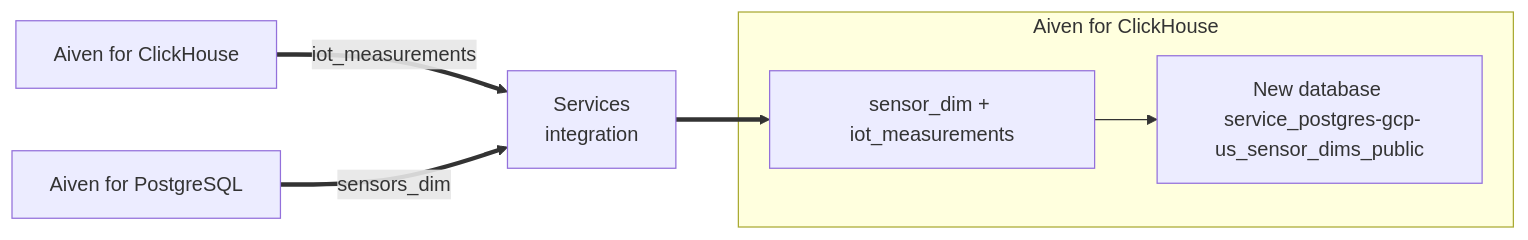
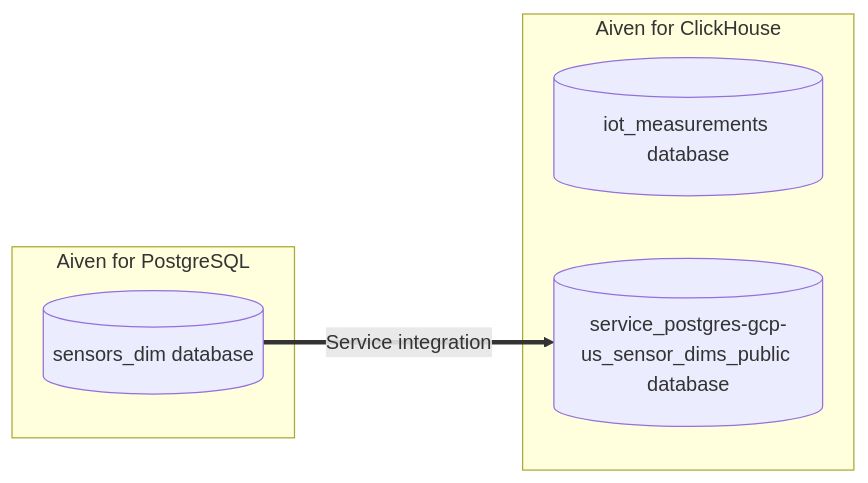
Before and after one commit to aiven/devportal: the diagram in docs/tools/terraform/reference/cookbook/postgres-clickhouse-integration-recipe.rst, drawn with Mermaid. The commit also changed other lines of this file, not shown here.

Commit message:
diagram update

```diff
--- a/docs/tools/terraform/reference/cookbook/postgres-clickhouse-integration-recipe.rst
+++ b/docs/tools/terraform/reference/cookbook/postgres-clickhouse-integration-recipe.rst
@@ -17,14 +17,11 @@
 .. mermaid::
 
    flowchart LR
-      ClickHouse[Aiven for ClickHouse]
-      Integration[Services \n integration]
-      PostgreSQL[Aiven for PostgreSQL]
-      Combined_data[sensor_dim + iot_measurements]
-      New_db[New database \n service_postgres-gcp-us_sensor_dims_public]
+      subgraph Aiven for PostgreSQL
+      id1[(sensors_dim database)]
+      end
       subgraph Aiven for ClickHouse
-      Combined_data-->New_db
+      id2[(iot_measurements database)]
+      id3[(service_postgres-gcp-us_sensor_dims_public database)]
       end
-      ClickHouse ==>|iot_measurements| Integration
-      PostgreSQL ==>|sensors_dim| Integration
-      Integration ==> Combined_data
+      id1 ==> |Service integration| id3
```
